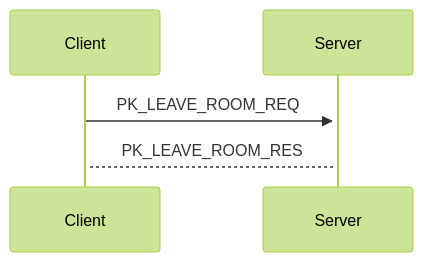
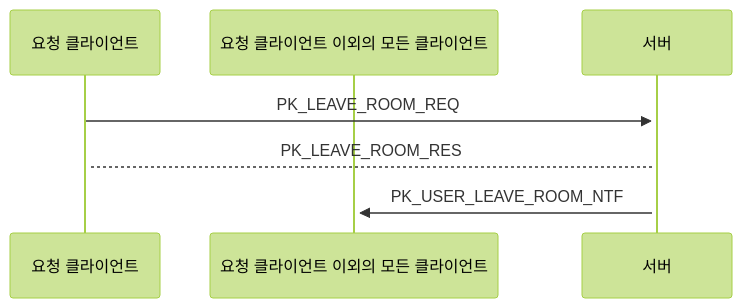
The second of 3 diagrams in README.md (42StudyGame/Game_Server_Study_01), drawn with Mermaid (forest theme) before and after one commit. The commit also changed other lines of this file, not shown here.

````diff
--- a/README.md
+++ b/README.md
@@ -63,5 +63,10 @@
 ```mermaid
 sequenceDiagram
-   Client ->>+ Server: PK_LEAVE_ROOM_REQ
-   Server -->+ Client: PK_LEAVE_ROOM_RES
-```  
+   participant c as 요청 클라이언트 
+   participant c_other as 요청 클라이언트 이외의 모든 클라이언트
+   participant s as 서버
+  
+   c ->>+ s: PK_LEAVE_ROOM_REQ
+   s -->+ c: PK_LEAVE_ROOM_RES
+   s ->>+ c_other: PK_USER_LEAVE_ROOM_NTF
+```   
````
